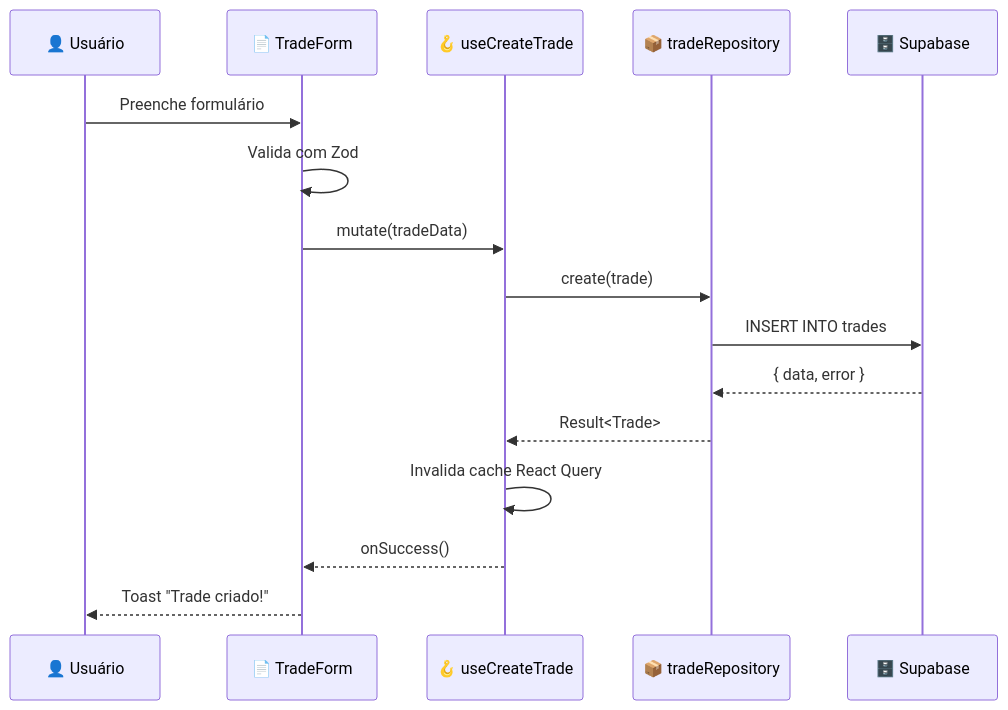
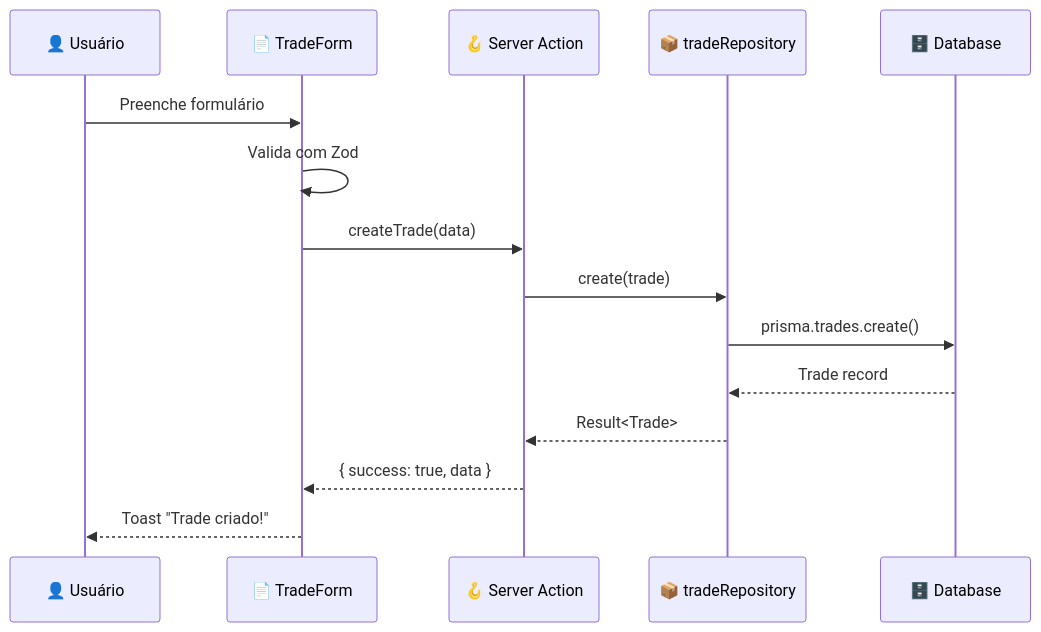
Before and after one commit to TavaresBugs/journal-nextjs: the fourth of 4 diagrams in docs/architecture.md, drawn with Mermaid. The commit also changed other lines of this file and 89 other files, not shown here.

````diff
--- a/docs/architecture.md
+++ b/docs/architecture.md
@@ -224,19 +224,18 @@
 ```mermaid
 sequenceDiagram
     participant U as 👤 Usuário
     participant F as 📄 TradeForm
-    participant H as 🪝 useCreateTrade
+    participant H as 🪝 Server Action
     participant R as 📦 tradeRepository
-    participant S as 🗄️ Supabase
+    participant S as 🗄️ Database
 
     U->>F: Preenche formulário
     F->>F: Valida com Zod
-    F->>H: mutate(tradeData)
+    F->>H: createTrade(data)
     H->>R: create(trade)
-    R->>S: INSERT INTO trades
-    S-->>R: { data, error }
+    R->>S: prisma.trades.create()
+    S-->>R: Trade record
     R-->>H: Result<Trade>
-    H->>H: Invalida cache React Query
-    H-->>F: onSuccess()
+    H-->>F: { success: true, data }
     F-->>U: Toast "Trade criado!"
 ```
````
